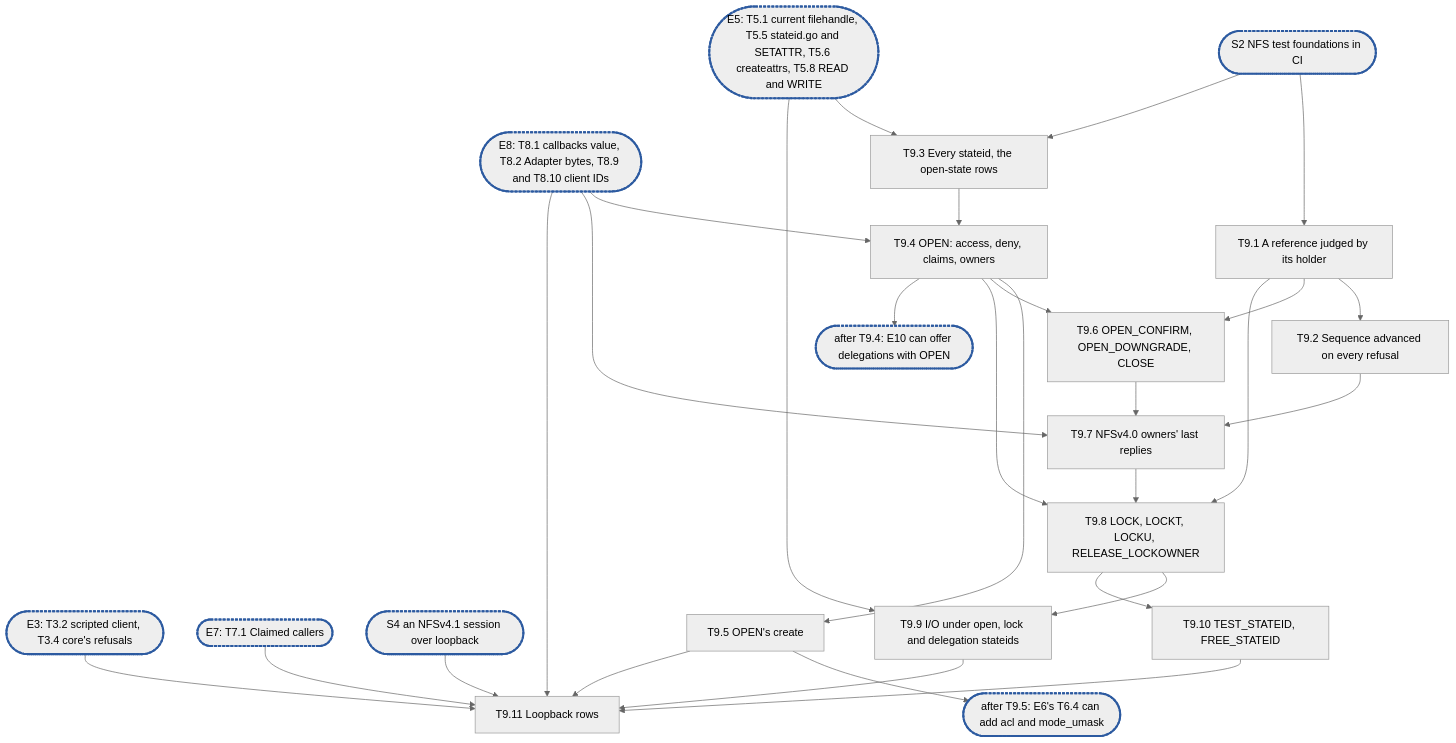
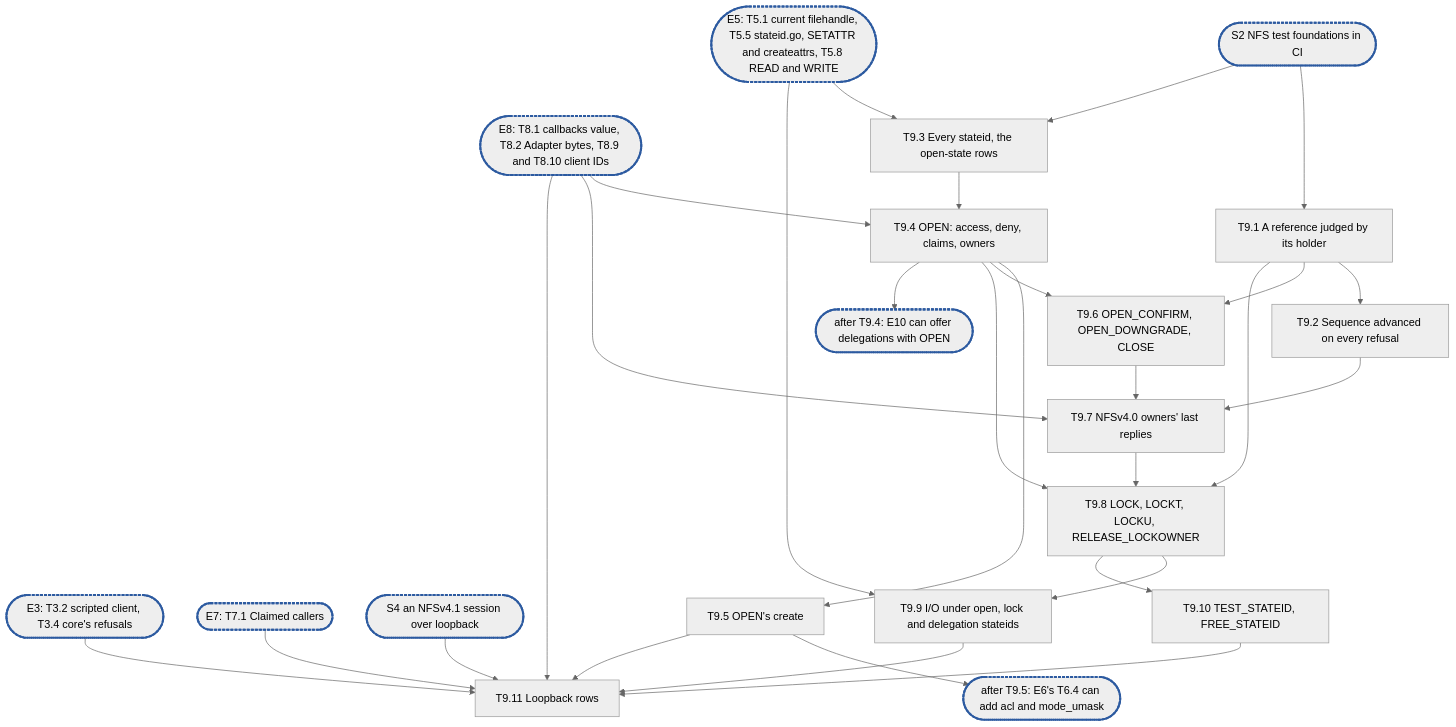
Before and after one commit to cubbit/dittofs: the diagram in .planning/rfc-21-nfs-epic9.md, drawn with Mermaid (neutral theme). The commit also changed other lines of this file and 1 other file, not shown here.

````diff
--- a/.planning/rfc-21-nfs-epic9.md
+++ b/.planning/rfc-21-nfs-epic9.md
@@ -766,26 +829,26 @@
 ```mermaid
 flowchart TD
   S2(["S2 NFS test foundations in CI"]):::sync
-  E5(["E5: T5.1 current filehandle, T5.5 stateid.go and SETATTR, T5.6 createattrs, T5.8 READ and WRITE"]):::sync
+  E5(["E5: T5.1 current filehandle, T5.5 stateid.go, SETATTR and createattrs, T5.8 READ and WRITE"]):::sync
   E8(["E8: T8.1 callbacks value, T8.2 Adapter bytes, T8.9 and T8.10 client IDs"]):::sync
   E3(["E3: T3.2 scripted client, T3.4 core's refusals"]):::sync
   E7(["E7: T7.1 Claimed callers"]):::sync
   S4(["S4 an NFSv4.1 session over loopback"]):::sync
   S2 --> T9_1["T9.1 A reference judged by its holder"]
   T9_1 --> T9_2["T9.2 Sequence advanced on every refusal"]
   S2 & E5 --> T9_3["T9.3 Every stateid, the open-state rows"]
   T9_3 --> T9_4["T9.4 OPEN: access, deny, claims, owners"]
   E8 --> T9_4
   E8 --> T9_7
   T9_4 --> T9_5["T9.5 OPEN's create"]
   T9_4 & T9_1 --> T9_6["T9.6 OPEN_CONFIRM, OPEN_DOWNGRADE, CLOSE"]
   T9_6 & T9_2 --> T9_7["T9.7 NFSv4.0 owners' last replies"]
   T9_7 & T9_4 & T9_1 --> T9_8["T9.8 LOCK, LOCKT, LOCKU, RELEASE_LOCKOWNER"]
   T9_8 & E5 --> T9_9["T9.9 I/O under open, lock and delegation stateids"]
   T9_8 --> T9_10["T9.10 TEST_STATEID, FREE_STATEID"]
   T9_4 --> C1(["after T9.4: E10 can offer delegations with OPEN"]):::sync
   T9_5 --> C2(["after T9.5: E6's T6.4 can add acl and mode_umask"]):::sync
   T9_5 & T9_9 & T9_10 --> T9_11["T9.11 Loopback rows"]
   E3 & E7 & E8 & S4 --> T9_11
   classDef sync stroke:#2c5aa0,stroke-width:3px,stroke-dasharray:4 2
 ```
````
